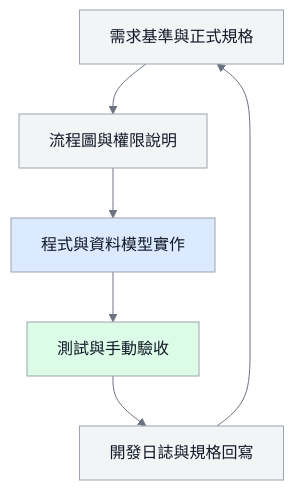
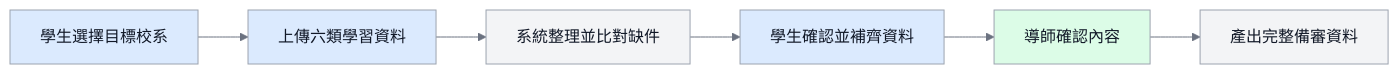
One commit to vujhdcusa/1028 changed diagram 13 of 13 in docs/04_圖表與介面/diagrams.md. Above: the diagram before and after it, drawn with Mermaid. The commit also changed other lines of this file and 116 other files, not shown here.

````diff
--- a/docs/04_圖表與介面/diagrams.md
+++ b/docs/04_圖表與介面/diagrams.md
@@ -195,13 +533,14 @@
 ```mermaid
-%%{init: {'theme':'base','themeVariables': {'fontFamily':'Microsoft JhengHei, Noto Sans TC, Arial, sans-serif','primaryColor':'#F3F4F6','primaryTextColor':'#111827','primaryBorderColor':'#9CA3AF','lineColor':'#6B7280','edgeLabelBackground':'#FFFFFF'}}}%%
-flowchart TD
-    classDef doc fill:#F3F4F6,stroke:#9CA3AF,color:#111827,stroke-width:1px;
-    classDef dev fill:#DBEAFE,stroke:#9CA3AF,color:#111827,stroke-width:1px;
-    classDef check fill:#DCFCE7,stroke:#9CA3AF,color:#111827,stroke-width:1px;
+%%{init: {'theme':'base','themeVariables': {'fontFamily':'Microsoft JhengHei, Noto Sans TC, Arial, sans-serif','primaryColor':'#F3F4F6','primaryTextColor':'#111827','primaryBorderColor':'#9CA3AF','lineColor':'#6B7280','edgeLabelBackground':'#FFFFFF'},'flowchart':{'wrappingWidth':400}}}%%
+flowchart LR
+    classDef student fill:#DBEAFE,stroke:#9CA3AF,color:#111827,stroke-width:1px;
+    classDef system fill:#F3F4F6,stroke:#9CA3AF,color:#111827,stroke-width:1px;
+    classDef teacher fill:#DCFCE7,stroke:#9CA3AF,color:#111827,stroke-width:1px;
+    classDef staff fill:#EDE9FE,stroke:#9CA3AF,color:#111827,stroke-width:1px;
 
-    Requirement[需求基準與正式規格]:::doc --> Diagram[流程圖與權限說明]:::doc
-    Diagram --> Build[程式與資料模型實作]:::dev
-    Build --> Verify[測試與手動驗收]:::check
-    Verify --> Log[開發日誌與規格回寫]:::doc
-    Log --> Requirement
+    Target[學生選擇目標校系]:::student --> Upload[上傳六類學習資料]:::student
+    Upload --> Core[系統整理並比對缺件]:::system
+    Core --> Confirm[學生確認並補齊資料]:::student
+    Confirm --> Teacher[導師確認內容]:::teacher
+    Teacher --> Output[產出完整備審資料]:::system
 ```
````
